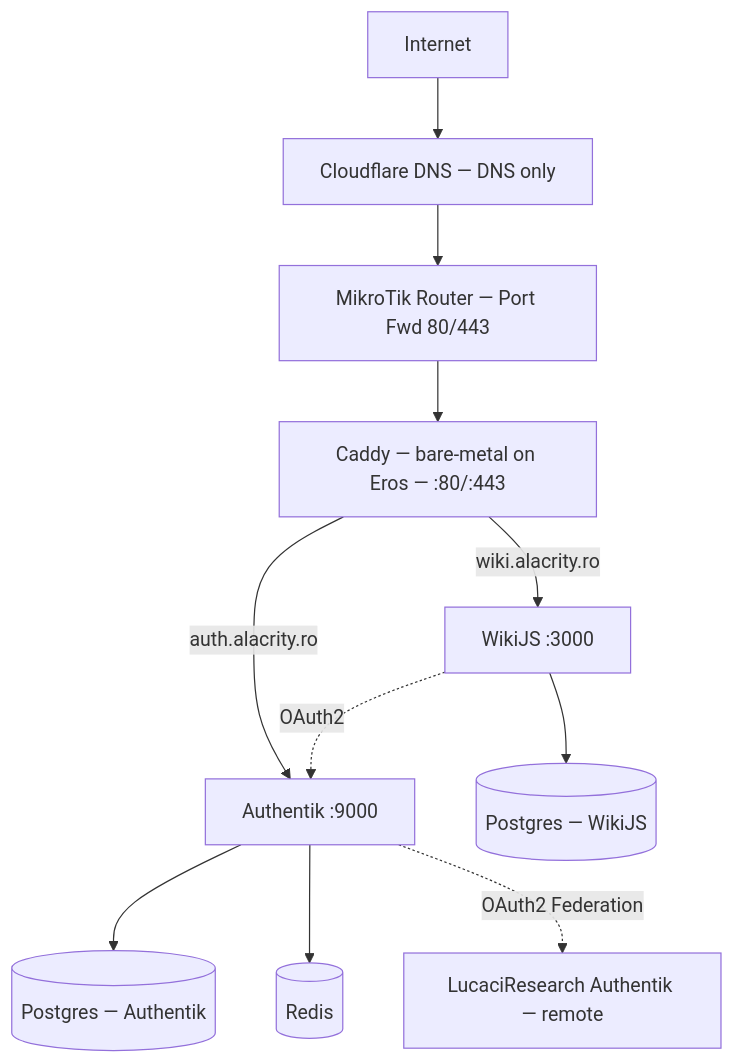
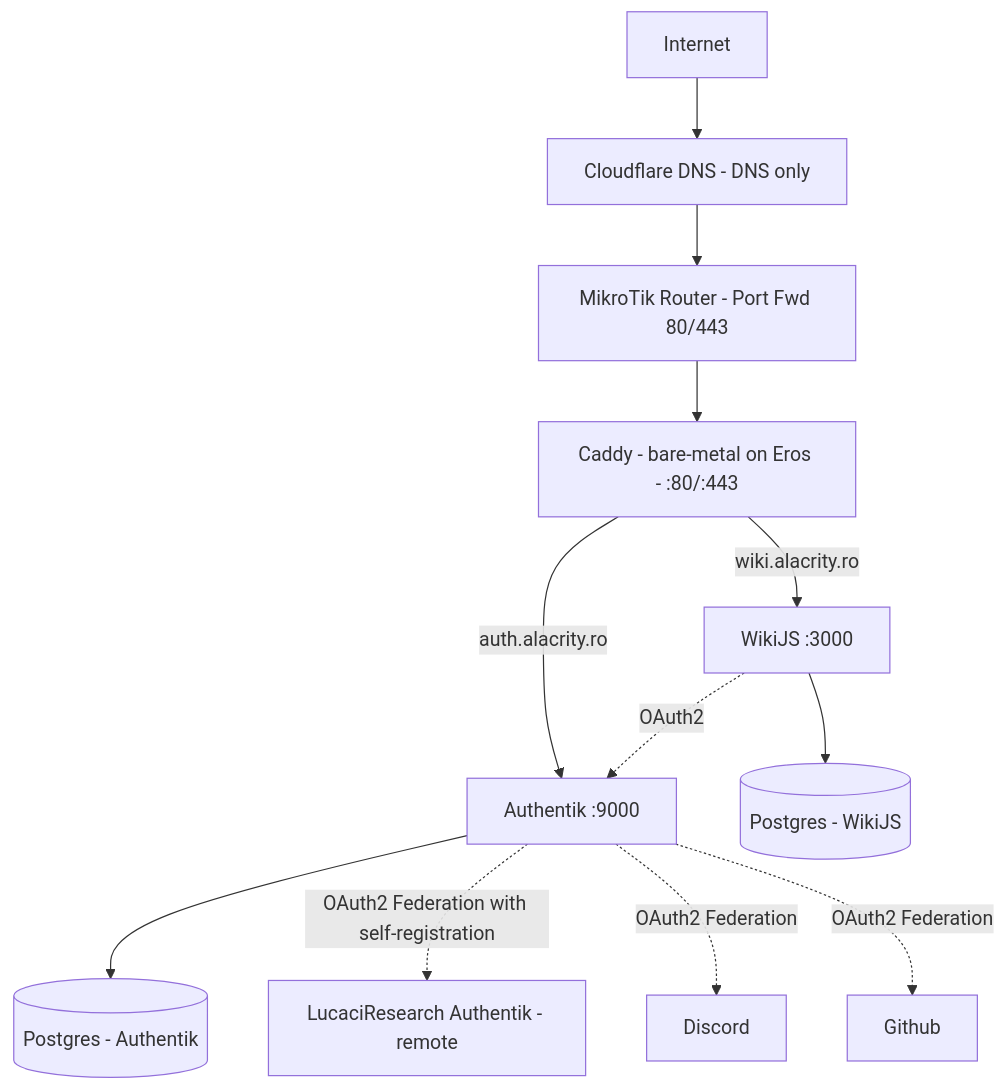
Before and after one commit to TeamClockworks-RO108/Wiki: the second of 2 diagrams in Infrastructure/alacrity-wiki.md, drawn with Mermaid. The commit also changed other lines of this file, not shown here.

Commit message:
docs: update Infrastructure/alacrity-wiki

````diff
--- a/Infrastructure/alacrity-wiki.md
+++ b/Infrastructure/alacrity-wiki.md
@@ -218,13 +185,14 @@
 ```mermaid
 flowchart TD
-    A[Internet] --> B[Cloudflare DNS — DNS only]
-    B --> C[MikroTik Router — Port Fwd 80/443]
-    C --> D[Caddy — bare-metal on Eros — :80/:443]
+    A[Internet] --> B[Cloudflare DNS - DNS only]
+    B --> C[MikroTik Router - Port Fwd 80/443]
+    C --> D[Caddy - bare-metal on Eros - :80/:443]
     D -->|auth.alacrity.ro| E[Authentik :9000]
     D -->|wiki.alacrity.ro| F[WikiJS :3000]
-    E --> G[(Postgres — Authentik)]
-    E --> H[(Redis)]
-    F --> I[(Postgres — WikiJS)]
+    E --> G[(Postgres - Authentik)]
+    F --> I[(Postgres - WikiJS)]
     F -.->|OAuth2| E
-    E -.->|OAuth2 Federation| J[LucaciResearch Authentik — remote]
+    E -.->|OAuth2 Federation with self-registration| J[LucaciResearch Authentik - remote]
+    E -.->|OAuth2 Federation| K[Discord]
+    E -.->|OAuth2 Federation| L[Github]
 ```
````
